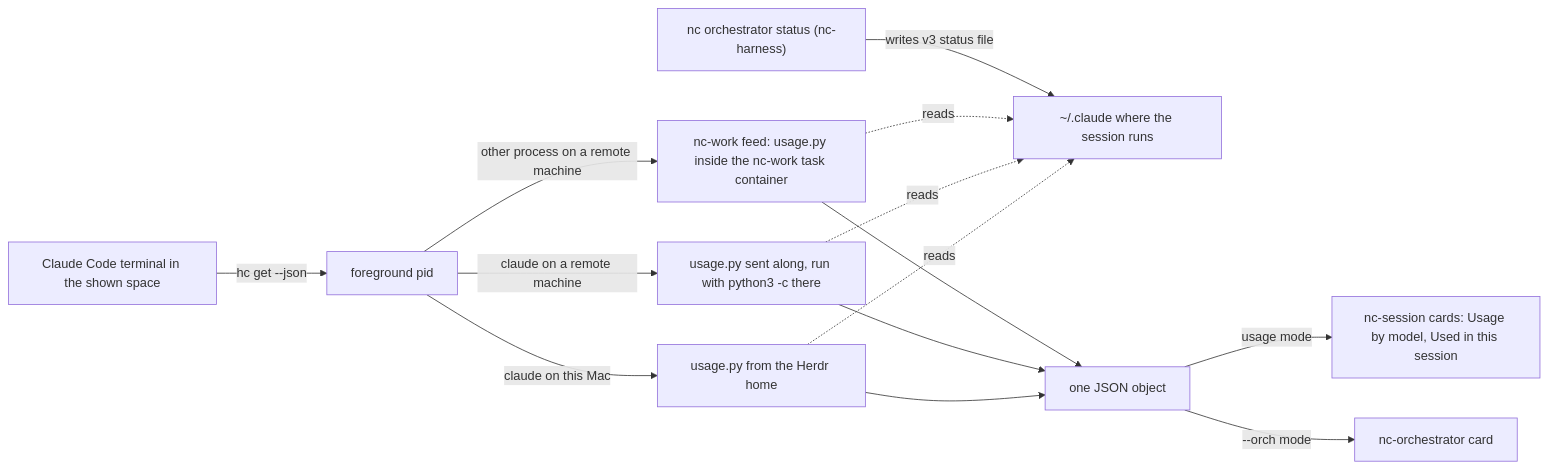
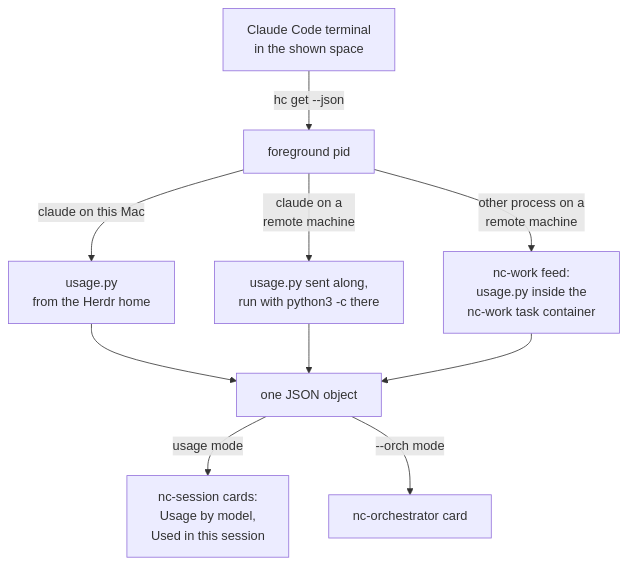
One commit to Socivolve/herdr-nc changed the second of 3 diagrams in README.md. Above: the diagram before and after it, drawn with Mermaid. The commit also changed other lines of this file, not shown here.

Commit message:
README: diagrams fit the page width

````diff
--- a/README.md
+++ b/README.md
@@ -62,16 +62,12 @@
 ```mermaid
-flowchart LR
-  T["Claude Code terminal in the shown space"] -->|"hc get --json"| P["foreground pid"]
-  P -->|"claude on this Mac"| L["usage.py from the Herdr home"]
-  P -->|"claude on a remote machine"| R["usage.py sent along, run with python3 -c there"]
-  P -->|"other process on a remote machine"| W["nc-work feed: usage.py inside the nc-work task container"]
-  L -.->|"reads"| K["~/.claude where the session runs"]
-  R -.->|"reads"| K
-  W -.->|"reads"| K
-  H["nc orchestrator status (nc-harness)"] -->|"writes v3 status file"| K
+flowchart TB
+  T["Claude Code terminal<br/>in the shown space"] -->|"hc get --json"| P["foreground pid"]
+  P -->|"claude on this Mac"| L["usage.py<br/>from the Herdr home"]
+  P -->|"claude on a<br/>remote machine"| R["usage.py sent along,<br/>run with python3 -c there"]
+  P -->|"other process on a<br/>remote machine"| W["nc-work feed:<br/>usage.py inside the<br/>nc-work task container"]
   L --> J["one JSON object"]
   R --> J
   W --> J
-  J -->|"usage mode"| S["nc-session cards: Usage by model, Used in this session"]
+  J -->|"usage mode"| S["nc-session cards:<br/>Usage by model,<br/>Used in this session"]
   J -->|"--orch mode"| O["nc-orchestrator card"]
 ```
````
